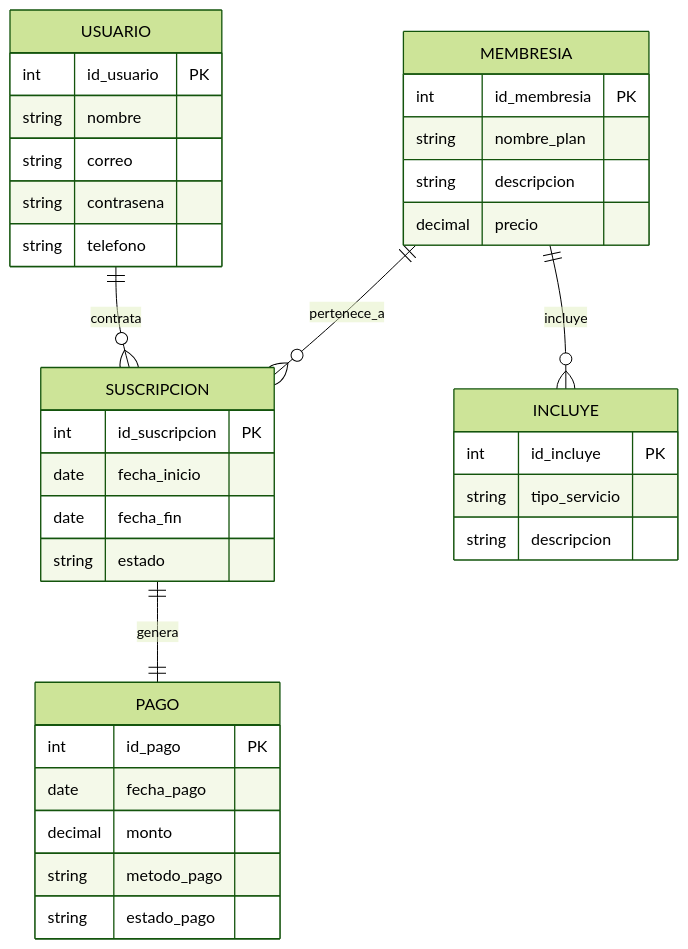
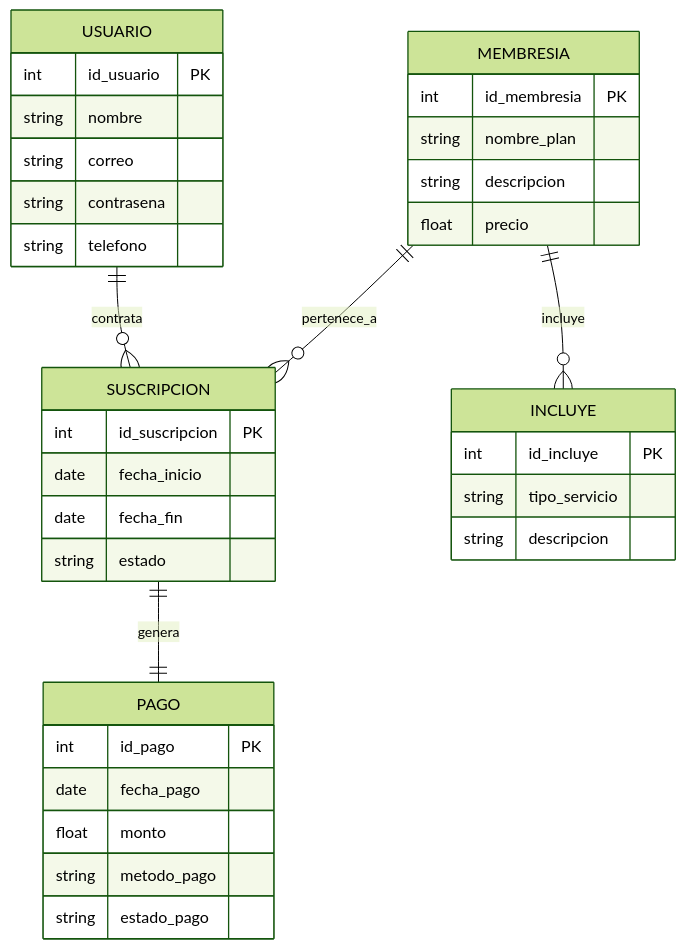
Before and after one commit to monica-ry/cbtis47-db-membre: the diagram in docs/erd_diagram.mmd, drawn with Mermaid (forest theme).

````diff
--- a/docs/erd_diagram.mmd
+++ b/docs/erd_diagram.mmd
@@ -3,44 +3,43 @@
 ```mermaid
 erDiagram
-
     USUARIO {
         int id_usuario PK
         string nombre
         string correo
         string contrasena
         string telefono
     }
 
     MEMBRESIA {
         int id_membresia PK
         string nombre_plan
         string descripcion
-        decimal precio
+        float precio
     }
 
     INCLUYE {
         int id_incluye PK
         string tipo_servicio
         string descripcion
     }
 
     PAGO {
         int id_pago PK
         date fecha_pago
-        decimal monto
+        float monto
         string metodo_pago
         string estado_pago
     }
 
     SUSCRIPCION {
         int id_suscripcion PK
         date fecha_inicio
         date fecha_fin
         string estado
     }
 
     USUARIO ||--o{ SUSCRIPCION : contrata
     MEMBRESIA ||--o{ SUSCRIPCION : pertenece_a
     MEMBRESIA ||--o{ INCLUYE : incluye
     SUSCRIPCION ||--|| PAGO : genera
 ```
````
